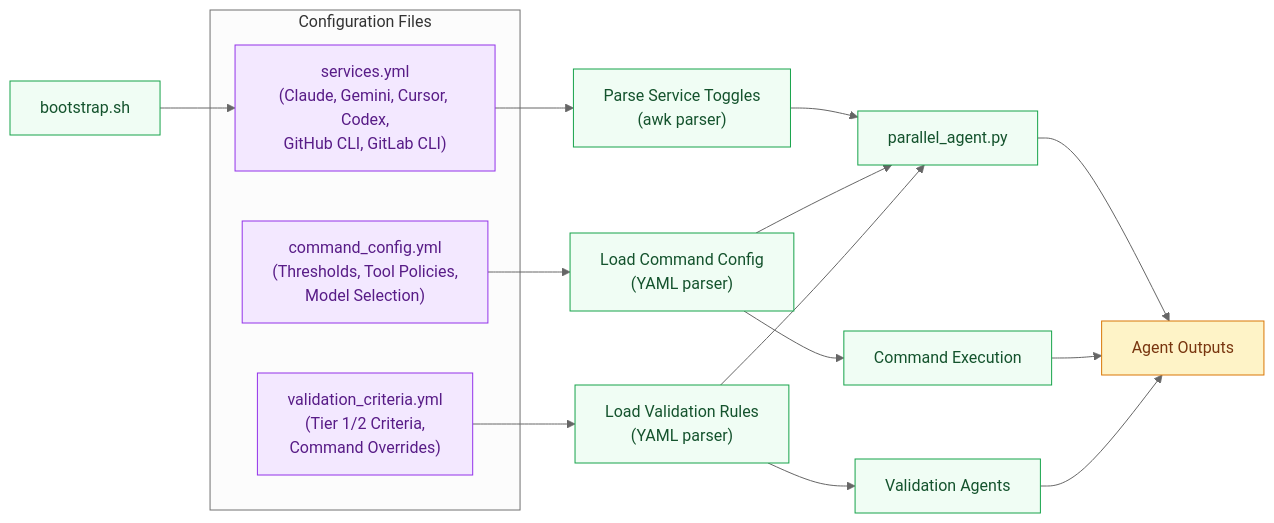
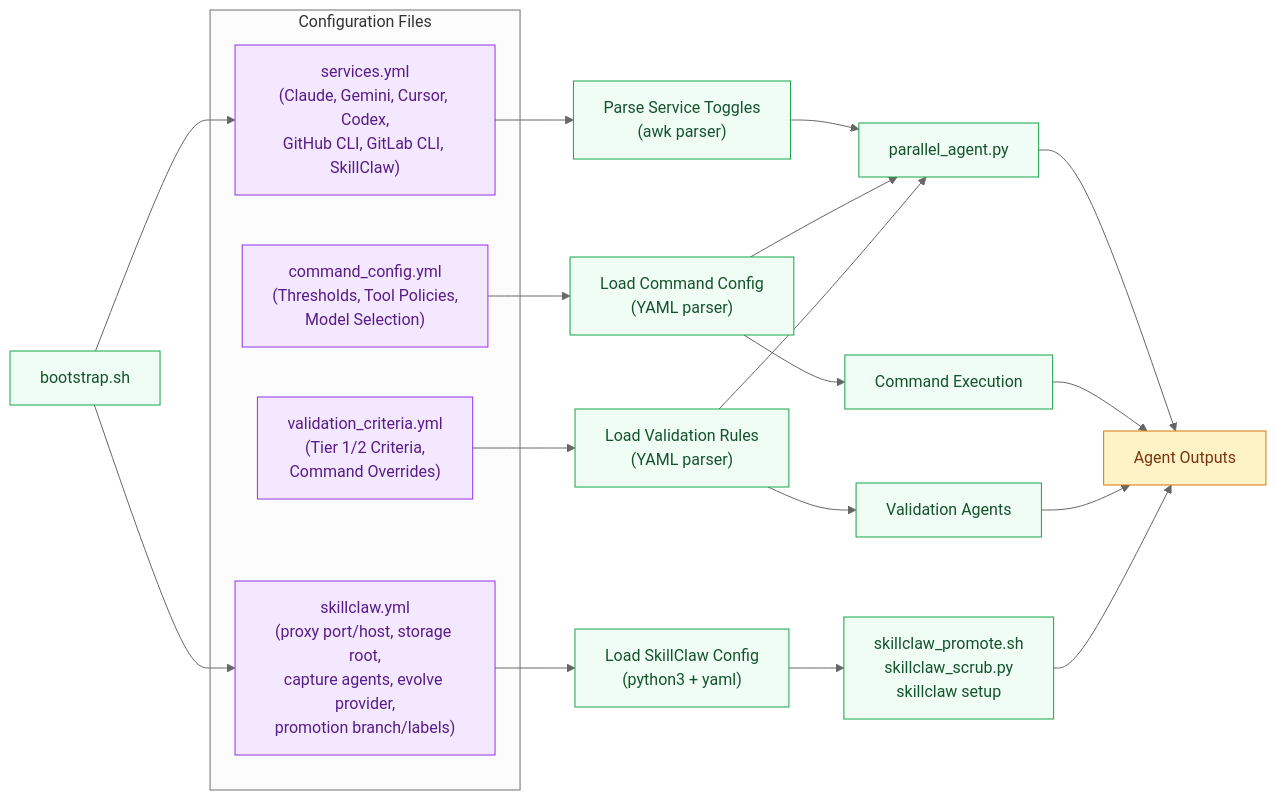
Before and after one commit to RB-chrismandich/Manifest: the tenth of 15 diagrams in docs/ARCHITECTURE_DIAGRAMS.md, drawn with Mermaid. The commit also changed other lines of this file and 6 other files, not shown here.

First line of the commit message:
docs: refresh README, diagrams, and Diataxis audit for SkillClaw + pass-cli

````diff
--- a/docs/ARCHITECTURE_DIAGRAMS.md
+++ b/docs/ARCHITECTURE_DIAGRAMS.md
@@ -849,39 +875,47 @@
 ```mermaid
 %%{init: {'theme':'neutral'}}%%
 flowchart LR
     classDef config fill:#f3e8ff,stroke:#9333ea,color:#581c87
     classDef process fill:#f0fdf4,stroke:#16a34a,color:#14532d
     classDef output fill:#fef3c7,stroke:#d97706,color:#78350f
 
     BOOTSTRAP["bootstrap.sh"]:::process
 
     subgraph "Configuration Files"
-        SERVICES["services.yml<br/>(Claude, Gemini, Cursor, Codex,<br/>GitHub CLI, GitLab CLI)"]:::config
+        SERVICES["services.yml<br/>(Claude, Gemini, Cursor, Codex,<br/>GitHub CLI, GitLab CLI, SkillClaw)"]:::config
         COMMAND_CFG["command_config.yml<br/>(Thresholds, Tool Policies,<br/>Model Selection)"]:::config
         VALIDATION["validation_criteria.yml<br/>(Tier 1/2 Criteria,<br/>Command Overrides)"]:::config
+        SKILLCLAW_CFG["skillclaw.yml<br/>(proxy port/host, storage root,<br/>capture agents, evolve provider,<br/>promotion branch/labels)"]:::config
     end
 
     PARSE_SERVICES["Parse Service Toggles<br/>(awk parser)"]:::process
     PARSE_COMMAND["Load Command Config<br/>(YAML parser)"]:::process
     PARSE_VALID["Load Validation Rules<br/>(YAML parser)"]:::process
+    PARSE_SC["Load SkillClaw Config<br/>(python3 + yaml)"]:::process
 
     PARALLEL["parallel_agent.py"]:::process
     COMMANDS["Command Execution"]:::process
     VALIDATORS["Validation Agents"]:::process
+    SKILLCLAW_RUNTIME["skillclaw_promote.sh\nskillclaw_scrub.py\nskillclaw setup"]:::process
 
     BOOTSTRAP --> SERVICES
+    BOOTSTRAP --> SKILLCLAW_CFG
     SERVICES --> PARSE_SERVICES
     PARSE_SERVICES --> PARALLEL
 
     COMMAND_CFG --> PARSE_COMMAND
     PARSE_COMMAND --> PARALLEL
     PARSE_COMMAND --> COMMANDS
 
     VALIDATION --> PARSE_VALID
     PARSE_VALID --> VALIDATORS
     PARSE_VALID --> PARALLEL
 
+    SKILLCLAW_CFG --> PARSE_SC
+    PARSE_SC --> SKILLCLAW_RUNTIME
+
     PARALLEL --> RESULT["Agent Outputs"]:::output
     COMMANDS --> RESULT
     VALIDATORS --> RESULT
+    SKILLCLAW_RUNTIME --> RESULT
 ```
````
